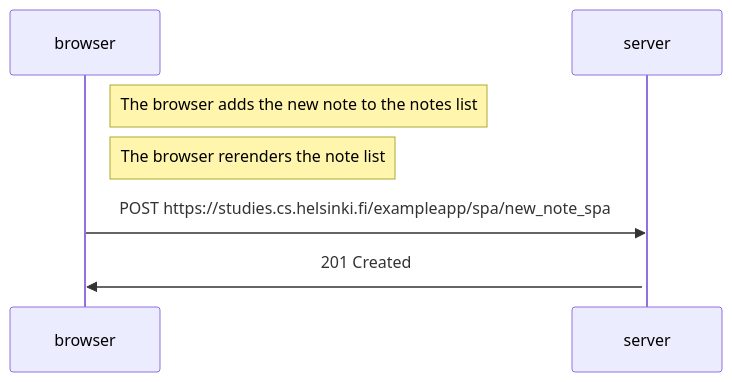
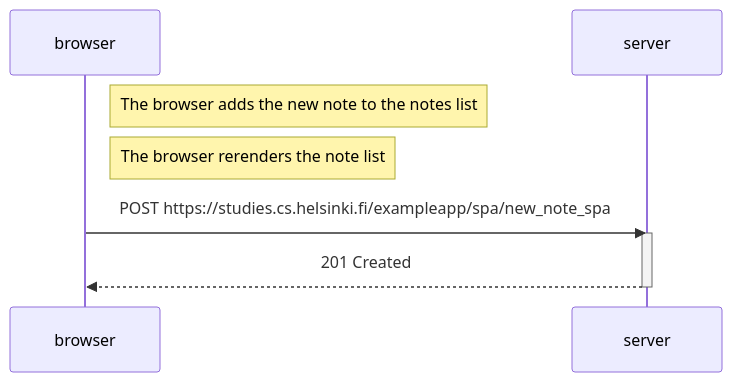
The diagram in part0/newnotesapdiagram.md (ada-ip/fullstackopen), drawn with Mermaid before and after one commit.

````diff
--- a/part0/newnotesapdiagram.md
+++ b/part0/newnotesapdiagram.md
@@ -1,12 +1,12 @@
 ```mermaid
 sequenceDiagram
 participant browser
 participant server
 
 Note right of browser: The browser adds the new note to the notes list
 Note right of browser: The browser rerenders the note list
 browser ->> server: POST https://studies.cs.helsinki.fi/exampleapp/spa/new_note_spa
 activate server
-server ->> browser: 201 Created
-activate server
+server -->> browser: 201 Created
+deactivate server
 ```
````
